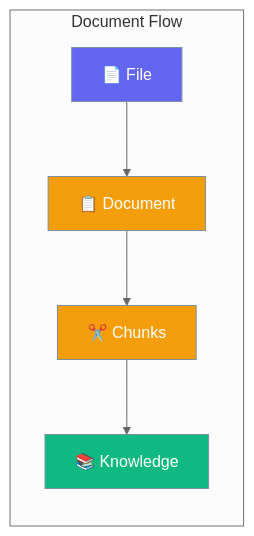
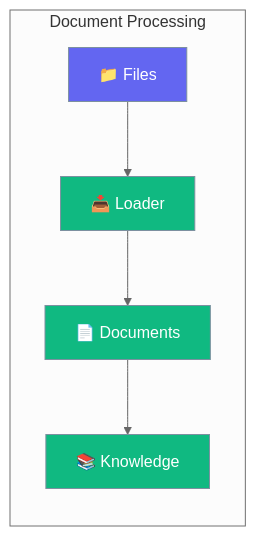
Before and after one commit to MervinPraison/PraisonAIDocs: the diagram in docs/rust/documents.mdx, drawn with Mermaid (neutral theme). The commit also changed other lines of this file and 87 other files, not shown here.

````diff
--- a/docs/rust/documents.mdx
+++ b/docs/rust/documents.mdx
@@ -10,16 +10,14 @@
 ```mermaid
 graph LR
-    subgraph "Document Flow"
-        F[📄 File] --> D[📋 Document]
-        D --> C[✂️ Chunks]
-        C --> K[📚 Knowledge]
+    subgraph "Document Processing"
+        F[📁 Files] --> L[📥 Loader]
+        L --> D[📄 Documents]
+        D --> K[📚 Knowledge]
     end
     
     classDef file fill:#6366F1,stroke:#7C90A0,color:#fff
-    classDef process fill:#F59E0B,stroke:#7C90A0,color:#fff
-    classDef output fill:#10B981,stroke:#7C90A0,color:#fff
+    classDef doc fill:#10B981,stroke:#7C90A0,color:#fff
     
     class F file
-    class D,C process
-    class K output
+    class L,D,K doc
 ```
````
